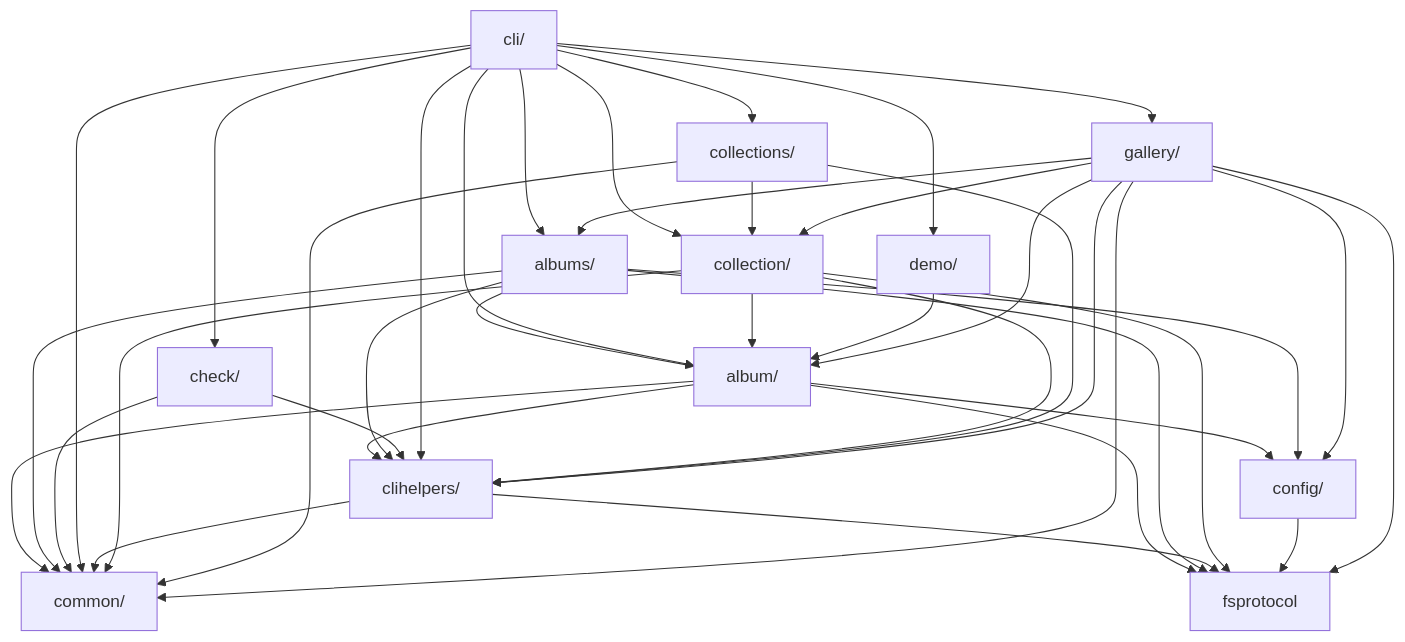
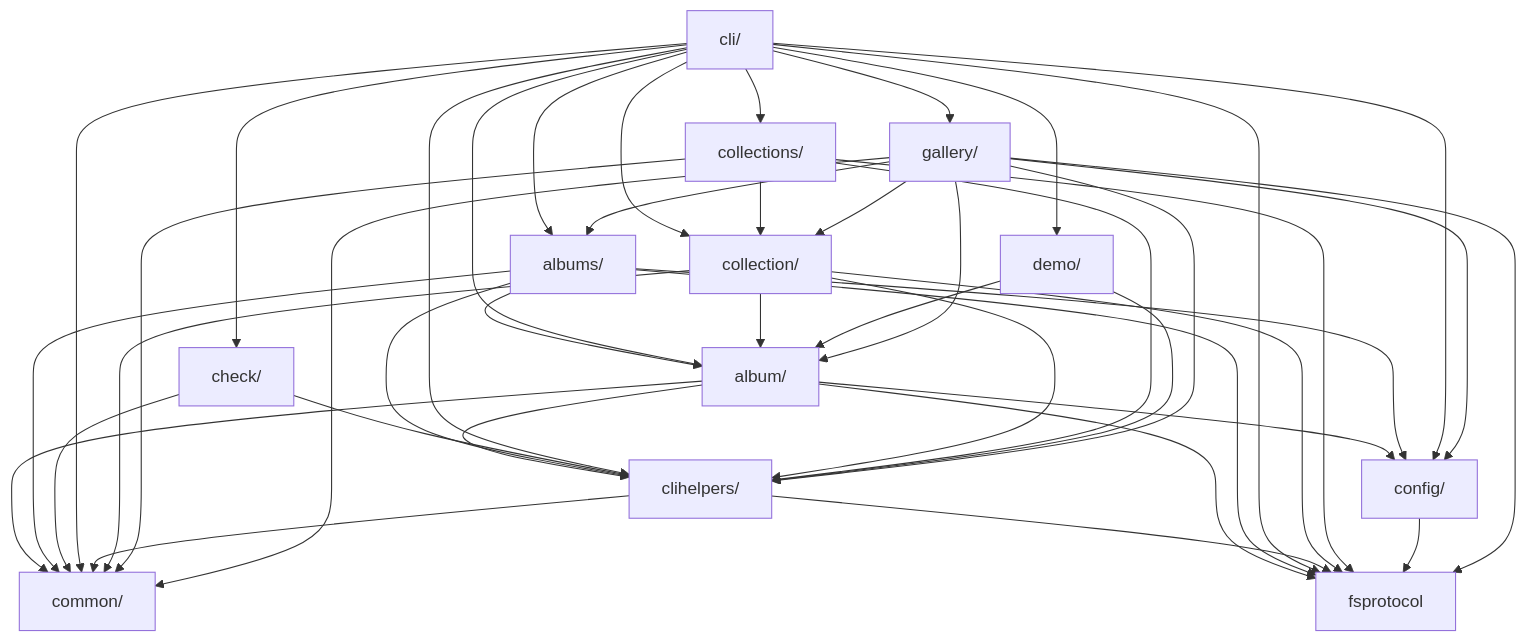
The diagram in docs/architecture.md (iglootools/photree), drawn with Mermaid before and after one commit. The commit also changed 237 other files, not shown here.

````diff
--- a/docs/architecture.md
+++ b/docs/architecture.md
@@ -19,54 +19,58 @@
 ```mermaid
 graph TD
     album["album/"]
     albums["albums/"]
     check["check/"]
     cli["cli/"]
     clihelpers["clihelpers/"]
     collection["collection/"]
     collections["collections/"]
     common["common/"]
     config["config/"]
     demo["demo/"]
     fsprotocol["fsprotocol"]
     gallery["gallery/"]
 
     album --> clihelpers
     album --> common
     album --> config
     album --> fsprotocol
     albums --> album
     albums --> clihelpers
     albums --> common
     albums --> config
     albums --> fsprotocol
     check --> clihelpers
     check --> common
     cli --> album
     cli --> albums
     cli --> check
     cli --> clihelpers
     cli --> collection
     cli --> collections
     cli --> common
+    cli --> config
     cli --> demo
+    cli --> fsprotocol
     cli --> gallery
     clihelpers --> common
     clihelpers --> fsprotocol
     collection --> album
     collection --> clihelpers
     collection --> common
     collection --> fsprotocol
     collections --> clihelpers
     collections --> collection
     collections --> common
+    collections --> fsprotocol
     config --> fsprotocol
     demo --> album
+    demo --> clihelpers
     gallery --> album
     gallery --> albums
     gallery --> clihelpers
     gallery --> collection
     gallery --> common
     gallery --> config
     gallery --> fsprotocol
 ```
````
